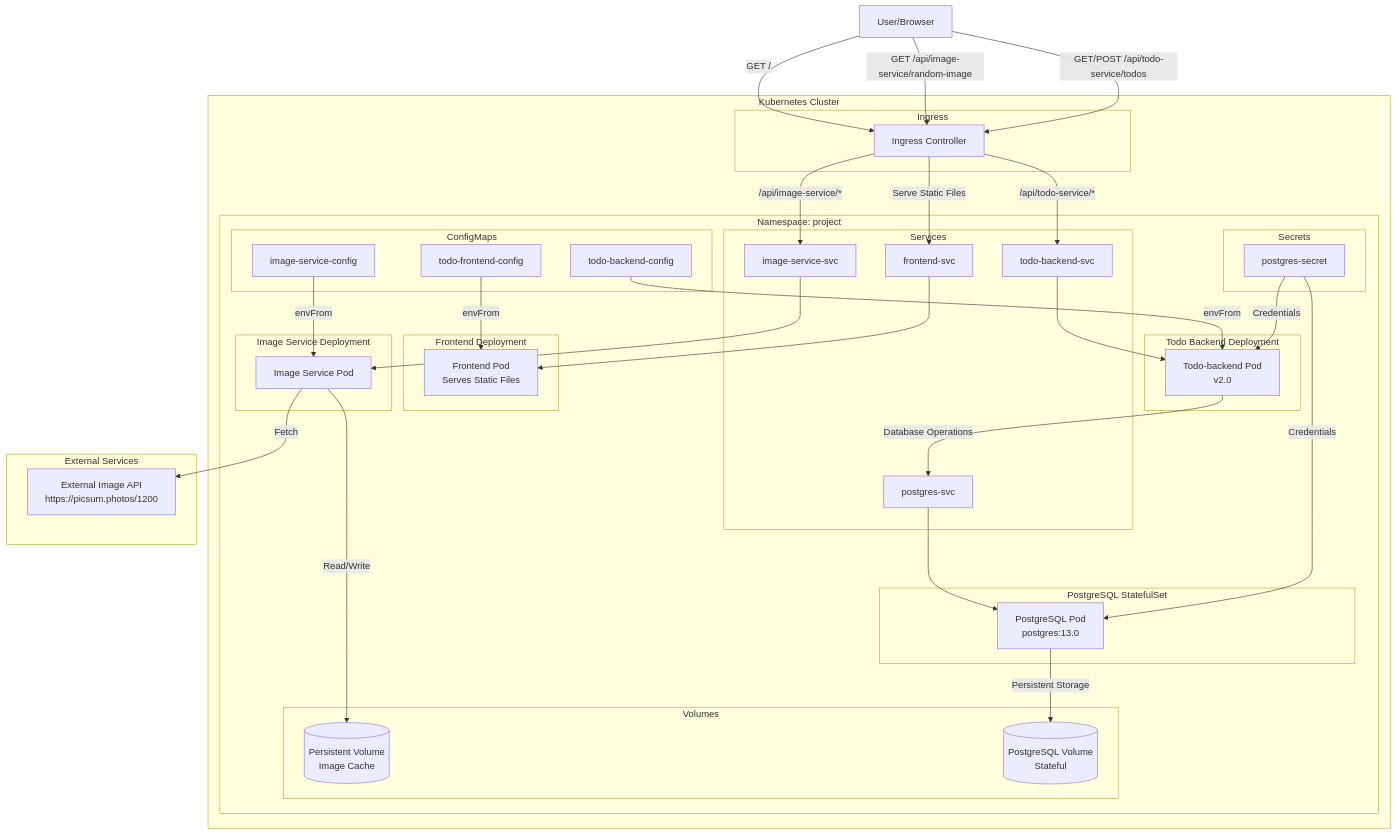
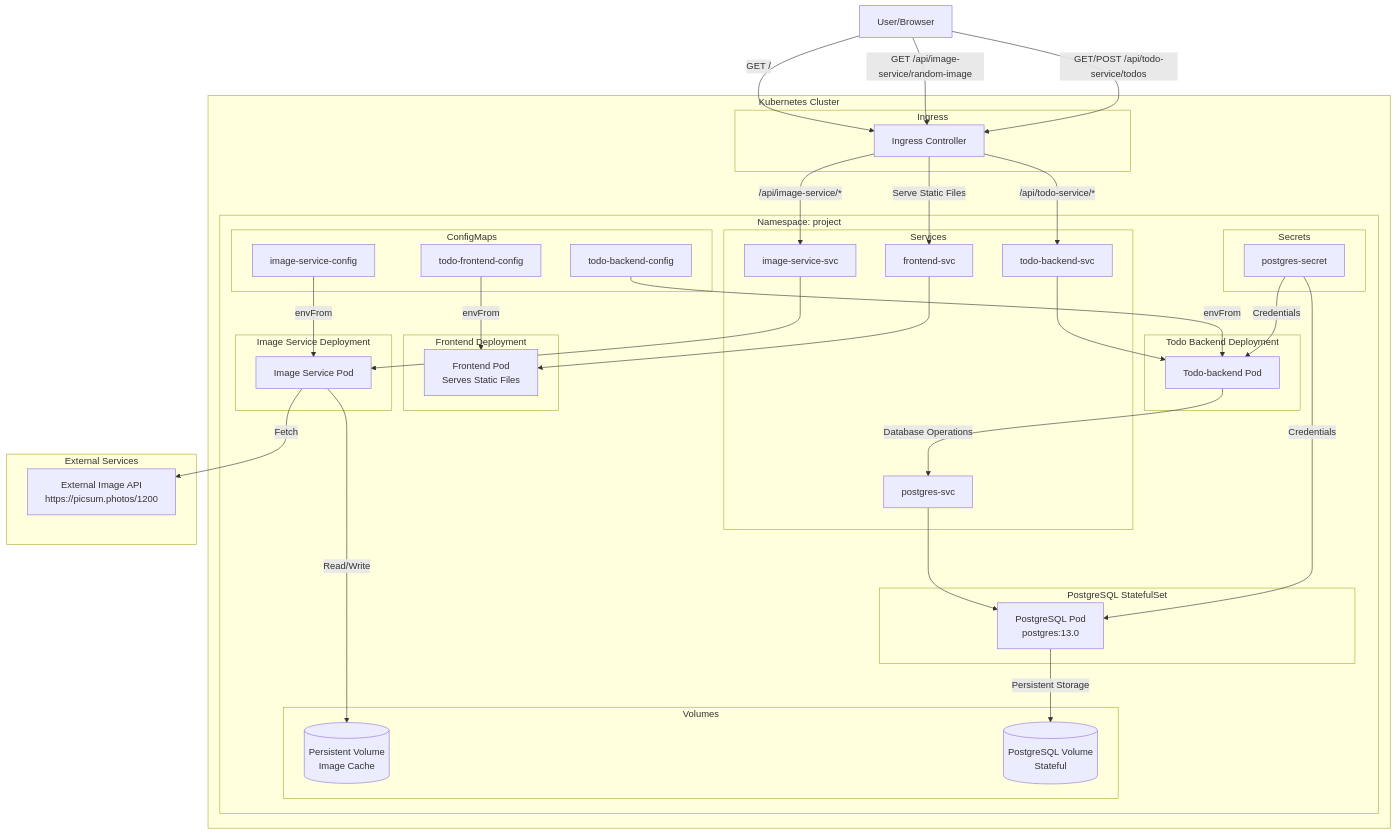
Before and after one commit to Yakovyakov/KubernetsSubmissions: the first of 2 diagrams in the_project/README.md, drawn with Mermaid. The commit also changed other lines of this file and 6 other files, not shown here.

````diff
--- a/the_project/README.md
+++ b/the_project/README.md
@@ -240,79 +233,79 @@
 ```mermaid
 graph TD
   subgraph Kubernetes Cluster
     subgraph Ingress
       I[Ingress Controller]
     end
     subgraph "Namespace: project"
       subgraph PostgreSQL StatefulSet
         PG[PostgreSQL Pod<br>postgres:13.0]
       end
 
       subgraph Image Service Deployment
         IS[Image Service Pod]
       end
 
       subgraph Frontend Deployment
         F[Frontend Pod<br>Serves Static Files]
       end
 
       subgraph Todo Backend Deployment
-        TB[Todo-backend Pod<br>v2.0]
+        TB[Todo-backend Pod<br>]
       end
 
       subgraph Volumes
         PV1[(Persistent Volume<br>Image Cache)]
         PV2[(PostgreSQL Volume<br>Stateful)]
       end
 
       subgraph ConfigMaps
         CM1[todo-backend-config]
         CM2[image-service-config]
         CM3[todo-frontend-config]
       end
 
       subgraph Secrets
         SEC[postgres-secret]
       end
 
       subgraph Services
         SVC1[postgres-svc]
         SVC2[todo-backend-svc]
         SVC3[frontend-svc]
         SVC4[image-service-svc]
       end
     end
   end
 
   subgraph External Services
     EXT[External Image API<br>https://picsum.photos/1200]
   end
 
   User[User/Browser] -->|GET /| I
   User -->|GET /api/image-service/random-image| I
   User -->|GET/POST /api/todo-service/todos| I
 
   I -->|Serve Static Files| SVC3 --> F
   I -->|/api/image-service/*| SVC4 --> IS
   I -->|/api/todo-service/*| SVC2 --> TB
 
   IS -->|Read/Write| PV1
   IS -->|Fetch| EXT
 
   TB -->|Database Operations| SVC1 --> PG
   PG -->|Persistent Storage| PV2
 
   CM1 -->|envFrom| TB
   CM2 -->|envFrom| IS
   CM3 -->|envFrom| F
   
   SEC -->|Credentials| TB
   SEC -->|Credentials| PG
 
   class IS,F,TB,PG pod;
   class PV1,PV2 storage;
   class I ingress;
   class CM1,CM2,CM3 configmap;
   class SEC secret;
   class SVC1,SVC2,SVC3,SVC4 service;
 ```
````
